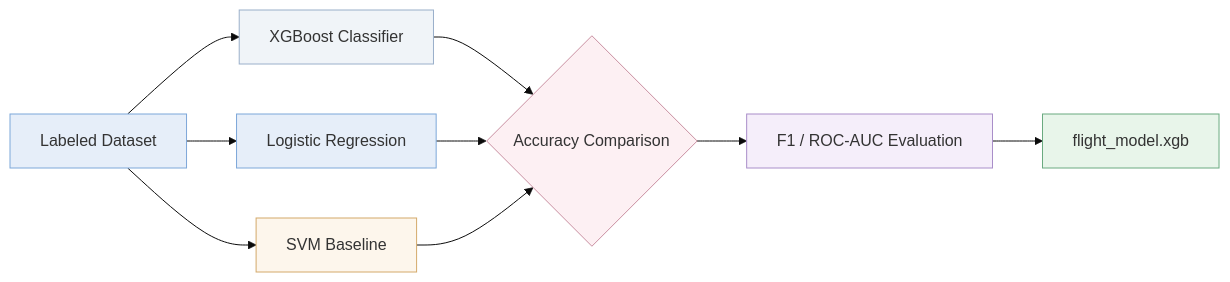
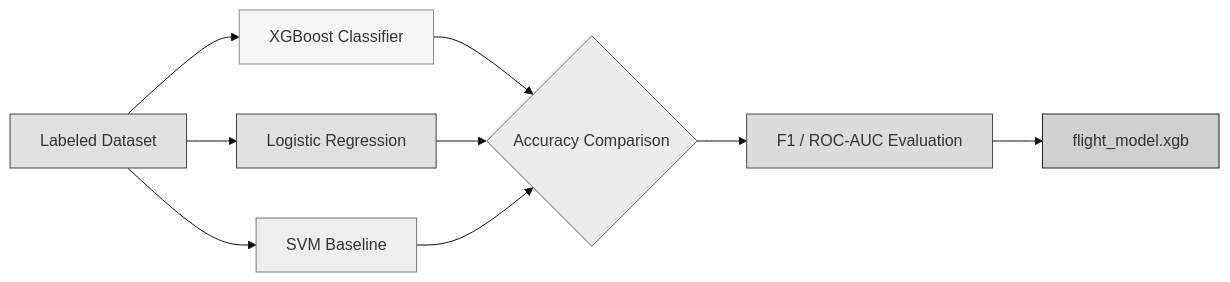
The third of 5 diagrams in README.md (7-wwh/AeroNotts), drawn with Mermaid (base theme) before and after one commit. The commit also changed other lines of this file, not shown here.

Commit message:
docs: convert diagrams to black/white grayscale

````diff
--- a/README.md
+++ b/README.md
@@ -148,23 +108,23 @@
 ```mermaid
 flowchart LR
     A[Labeled Dataset]
     B[XGBoost Classifier]
     C[Logistic Regression]
     D[SVM Baseline]
     E{Accuracy Comparison}
     F[F1 / ROC-AUC Evaluation]
     G[flight_model.xgb]
 
     A --> B --> E
     A --> C --> E
     A --> D --> E
     E --> F --> G
 
-    style A fill:#e6eef9,stroke:#7da7d9
-    style B fill:#f0f4f8,stroke:#9aafca
-    style C fill:#e6eef9,stroke:#7da7d9
-    style D fill:#fdf6ec,stroke:#d4a96a
-    style E fill:#fdf0f3,stroke:#c98fa0
-    style F fill:#f5eefa,stroke:#a98ec9
-    style G fill:#e8f5ea,stroke:#6aaa80
+    style A fill:#e0e0e0,stroke:#444444
+    style B fill:#f6f6f6,stroke:#8a8a8a
+    style C fill:#e0e0e0,stroke:#444444
+    style D fill:#eeeeee,stroke:#767676
+    style E fill:#ececec,stroke:#626262
+    style F fill:#dcdcdc,stroke:#4a4a4a
+    style G fill:#d0d0d0,stroke:#222222
 ```
````
